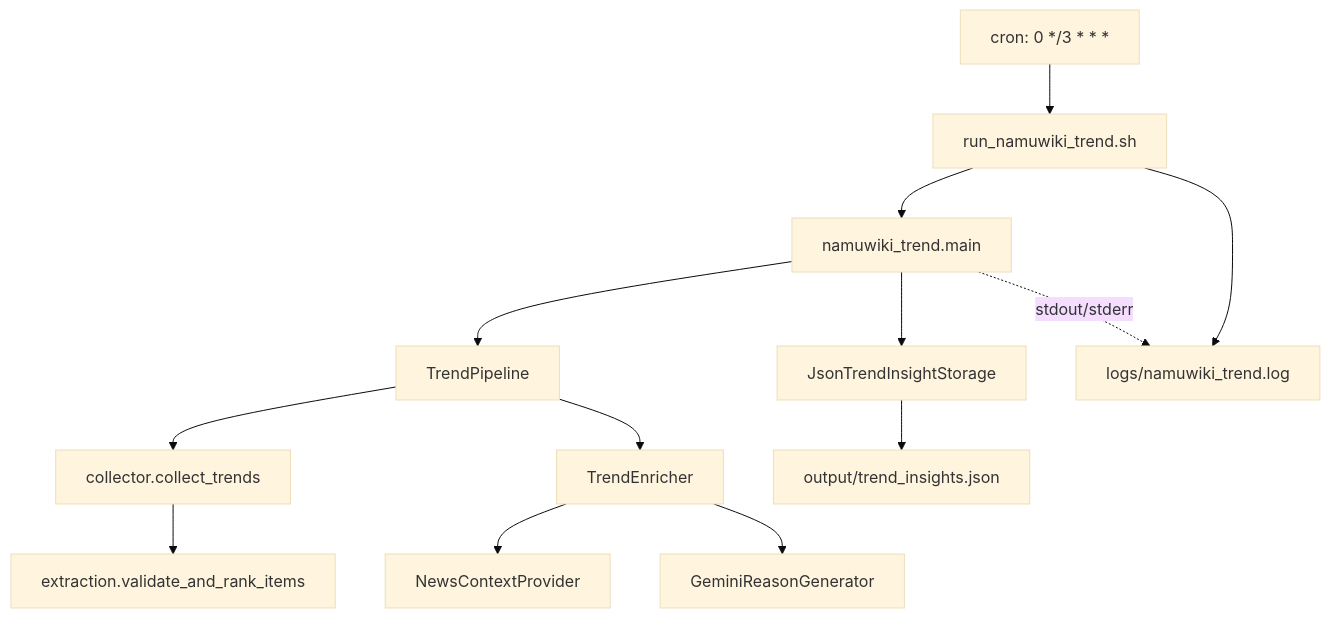
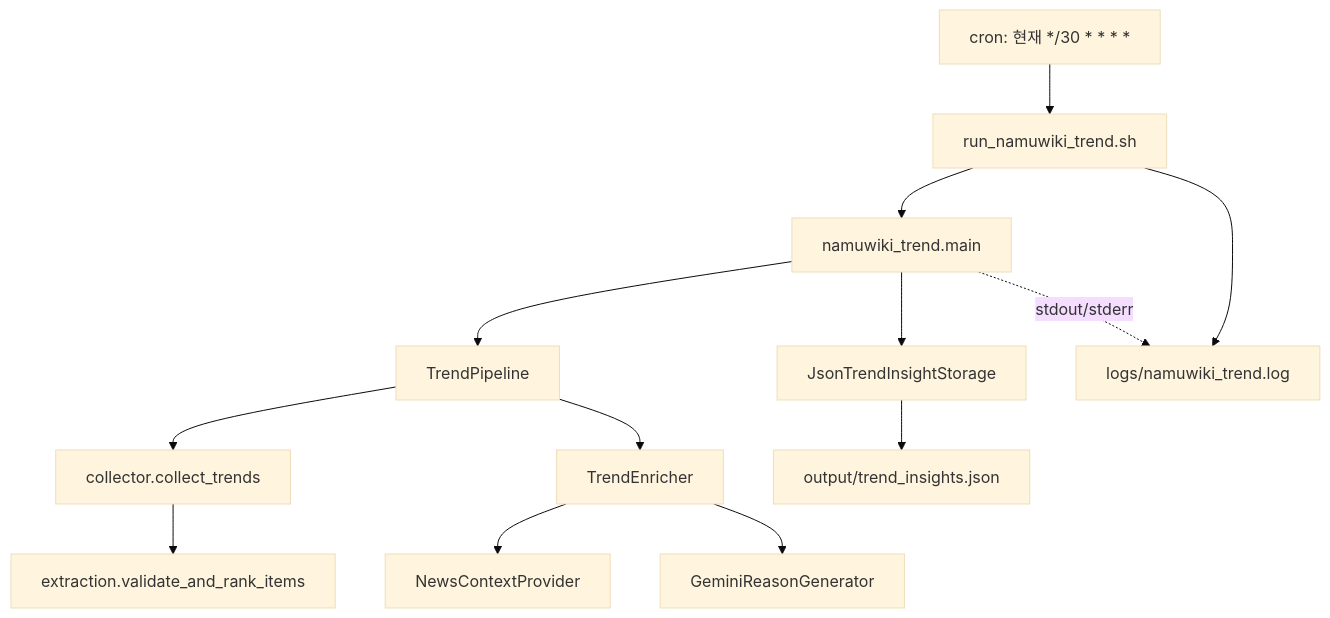
The first of 5 diagrams in CODEBASE_GUIDE.md (jhkr1/automation-hub), drawn with Mermaid (base theme) before and after one commit. The commit also changed other lines of this file, not shown here.

````diff
--- a/CODEBASE_GUIDE.md
+++ b/CODEBASE_GUIDE.md
@@ -28,24 +32,24 @@
 ```mermaid
 flowchart TD
-    Cron[cron: 0 */3 * * *]
+    Cron[cron: 현재 */30 * * * *]
     Wrapper[run_namuwiki_trend.sh]
     Main[namuwiki_trend.main]
     Collector[collector.collect_trends]
     Extraction[extraction.validate_and_rank_items]
     Pipeline[TrendPipeline]
     Enricher[TrendEnricher]
     News[NewsContextProvider]
     Gemini[GeminiReasonGenerator]
     Storage[JsonTrendInsightStorage]
     Output[output/trend_insights.json]
     Logs[logs/namuwiki_trend.log]
 
     Cron --> Wrapper --> Main --> Pipeline
     Pipeline --> Collector --> Extraction
     Pipeline --> Enricher
     Enricher --> News
     Enricher --> Gemini
     Main --> Storage --> Output
     Wrapper --> Logs
     Main -. stdout/stderr .-> Logs
 ```
````
